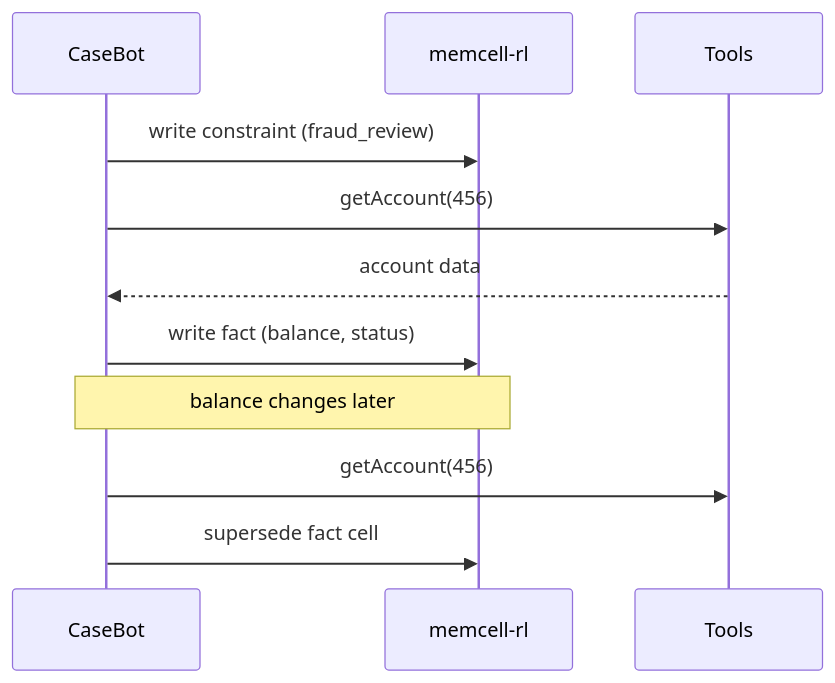
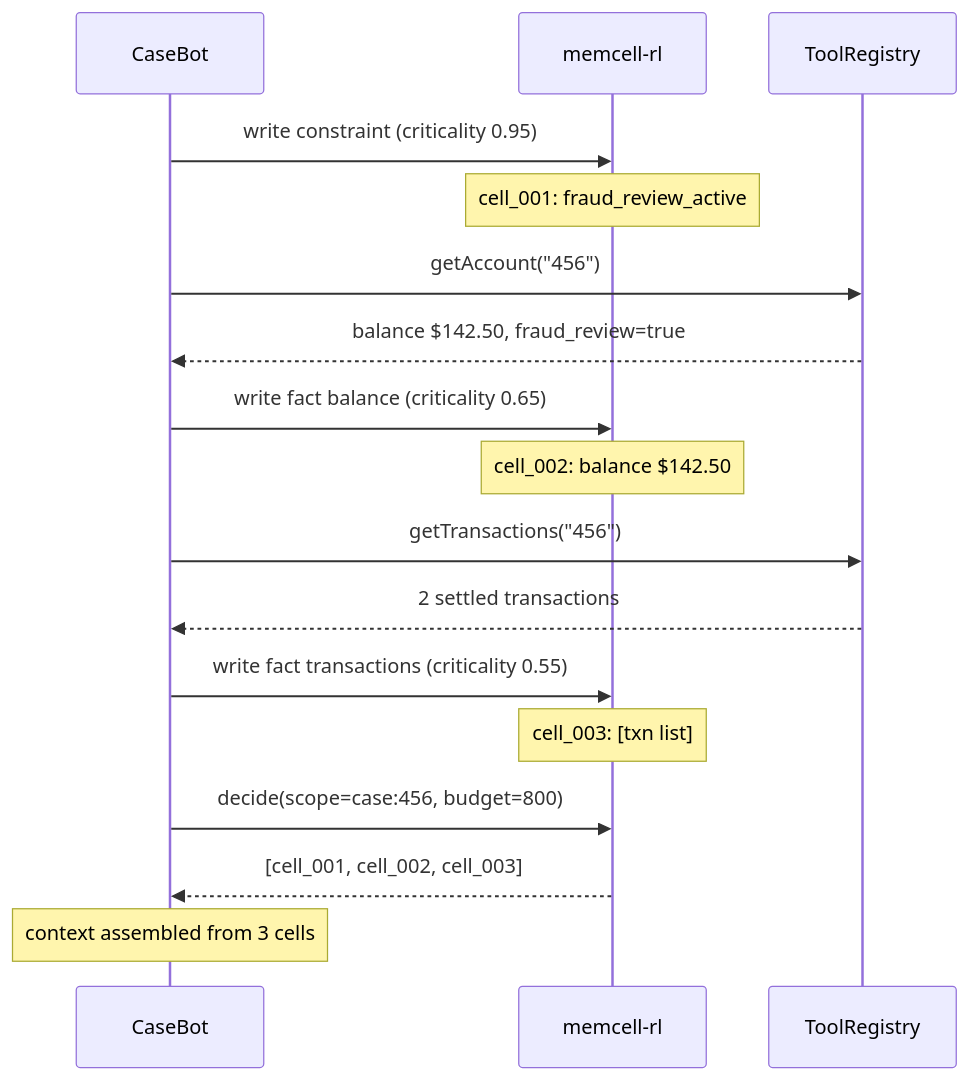
One commit to adu3110/building-agentic-systems changed the third of 3 diagrams in src/book1/05-typed-memory.md. Above: the diagram before and after it, drawn with Mermaid. The commit also changed other lines of this file and 9 other files, not shown here.

````diff
--- a/src/book1/05-typed-memory.md
+++ b/src/book1/05-typed-memory.md
@@ -87,14 +191,25 @@
 ```mermaid
 sequenceDiagram
   participant CB as CaseBot
   participant M as memcell-rl
-  participant T as Tools
+  participant T as ToolRegistry
 
-  CB->>M: write constraint (fraud_review)
-  CB->>T: getAccount(456)
-  T-->>CB: account data
-  CB->>M: write fact (balance, status)
-  Note over CB,M: balance changes later
-  CB->>T: getAccount(456)
-  CB->>M: supersede fact cell
+  CB->>M: write constraint (criticality 0.95)
+  Note over M: cell_001: fraud_review_active
+
+  CB->>T: getAccount("456")
+  T-->>CB: balance $142.50, fraud_review=true
+
+  CB->>M: write fact balance (criticality 0.65)
+  Note over M: cell_002: balance $142.50
+
+  CB->>T: getTransactions("456")
+  T-->>CB: 2 settled transactions
+
+  CB->>M: write fact transactions (criticality 0.55)
+  Note over M: cell_003: [txn list]
+
+  CB->>M: decide(scope=case:456, budget=800)
+  M-->>CB: [cell_001, cell_002, cell_003]
+  Note over CB: context assembled from 3 cells
 ```
````
